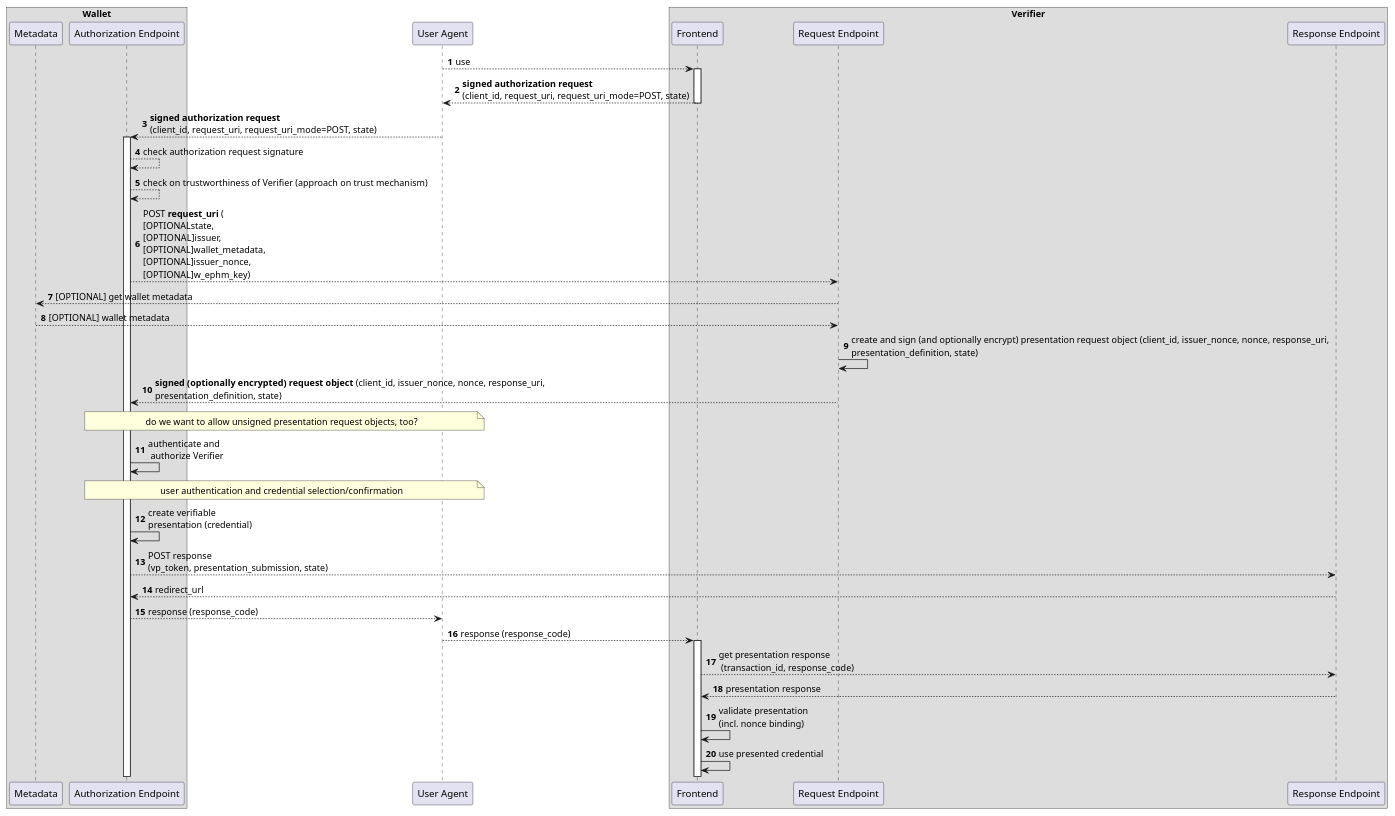
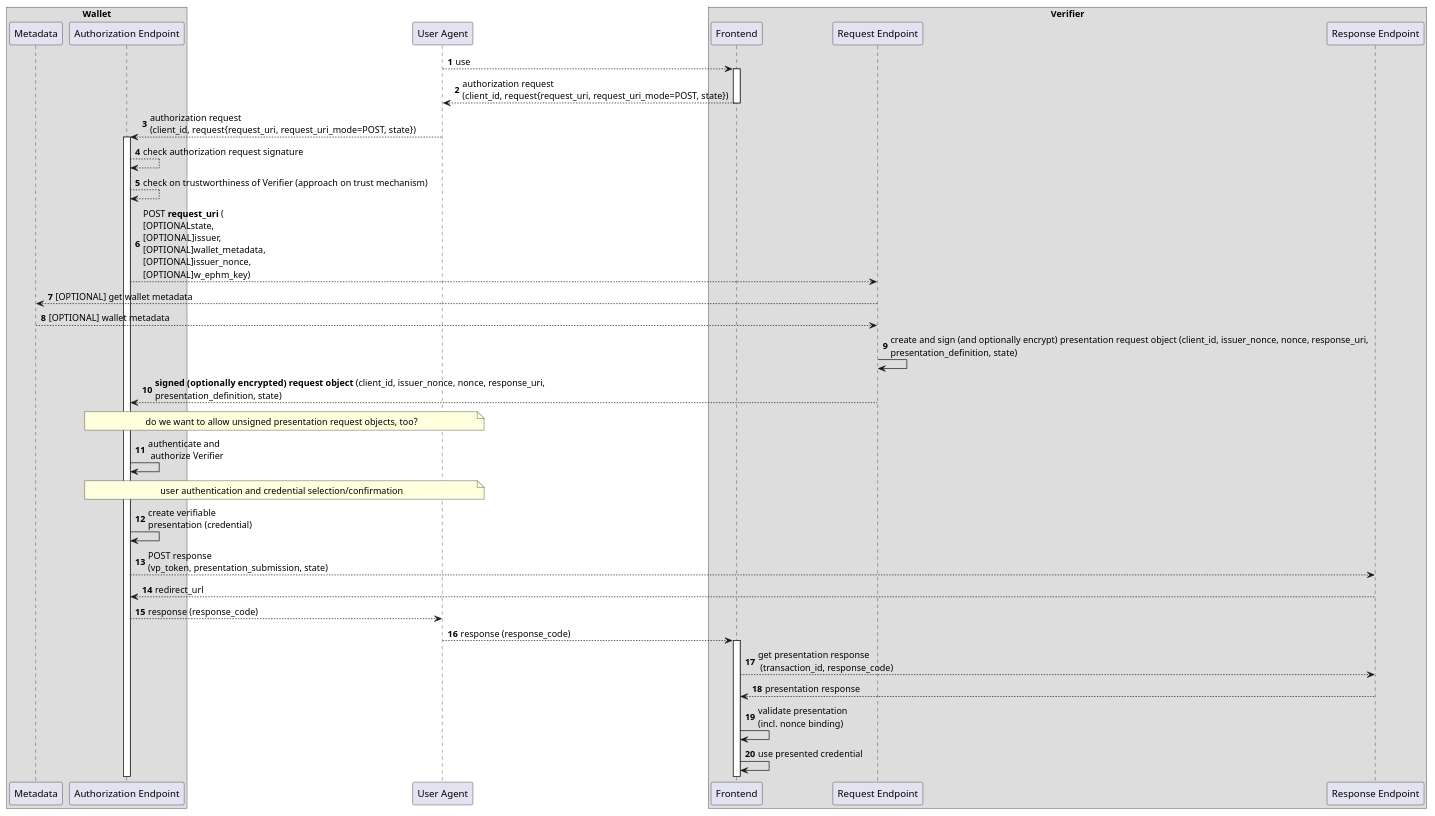
The diagram in diagrams/request_uri_mode_create.md (openid/OpenID4VP), drawn with PlantUML before and after one commit. The commit also changed 1 other file, not shown here.

Commit message:
signed request is sent as request parameter

````diff
--- a/diagrams/request_uri_mode_create.md
+++ b/diagrams/request_uri_mode_create.md
@@ -1,49 +1,49 @@
 ```plantuml
 @startuml
 
 autonumber
 
 box "Wallet"
 participant "Metadata" as wm
 participant "Authorization Endpoint" as w
 end box
 
 participant "User Agent" as u
 
 box "Verifier"
 participant "Frontend" as r
 participant "Request Endpoint" as rp
 participant "Response Endpoint" as rb
 end box
 
 u --> r : use
 activate r
 
-r --> u: **signed authorization request**\n(client_id, request_uri, request_uri_mode=POST, state)
+r --> u: authorization request\n(client_id, request{request_uri, request_uri_mode=POST, state})
 deactivate r
-u --> w: **signed authorization request**\n(client_id, request_uri, request_uri_mode=POST, state)
+u --> w: authorization request\n(client_id, request{request_uri, request_uri_mode=POST, state})
 activate w
 w --> w: check authorization request signature
 w --> w: check on trustworthiness of Verifier (approach on trust mechanism)
 w --> rp: POST **request_uri** (\n[OPTIONALstate,\n[OPTIONAL]issuer, \n[OPTIONAL]wallet_metadata, \n[OPTIONAL]issuer_nonce, \n[OPTIONAL]w_ephm_key)
 rp --> wm: [OPTIONAL] get wallet metadata
 wm --> rp: [OPTIONAL] wallet metadata
 rp -> rp: create and sign (and optionally encrypt) presentation request object (client_id, issuer_nonce, nonce, response_uri, \npresentation_definition, state)
 rp --> w: **signed (optionally encrypted) request object** (client_id, issuer_nonce, nonce, response_uri, \npresentation_definition, state)
 note over u, w: do we want to allow unsigned presentation request objects, too?
 w -> w: authenticate and\n authorize Verifier
 
 note over u, w: user authentication and credential selection/confirmation
 
 w -> w: create verifiable\npresentation (credential)
 w --> rb: POST response \n(vp_token, presentation_submission, state)
 rb --> w: redirect_url
 w --> u: response (response_code)
 u --> r: response (response_code)
 activate r
 r --> rb: get presentation response\n (transaction_id, response_code)
 rb --> r: presentation response
 r -> r: validate presentation \n(incl. nonce binding)
 r -> r: use presented credential 
 @enduml
 ```
````
